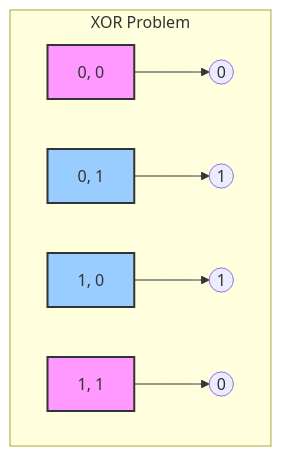
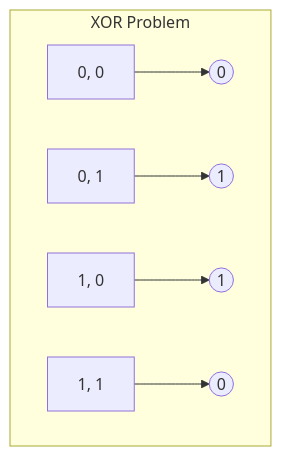
The first of 2 diagrams in docs/2-기초-딥러닝/2-1-신경망-기초/perceptron-and-mlp.md (harimkang/ai-engineer-guide), drawn with Mermaid before and after one commit. The commit also changed 45 other files, not shown here.

````diff
--- a/docs/2-기초-딥러닝/2-1-신경망-기초/perceptron-and-mlp.md
+++ b/docs/2-기초-딥러닝/2-1-신경망-기초/perceptron-and-mlp.md
@@ -46,13 +46,9 @@
 ```mermaid
 graph TD
     subgraph "XOR Problem"
         A[0, 0] --> O1((0))
         B[0, 1] --> O2((1))
         C[1, 0] --> O3((1))
         D[1, 1] --> O4((0))
     end
-    style A fill:#f9f,stroke:#333,stroke-width:2px
-    style B fill:#9cf,stroke:#333,stroke-width:2px
-    style C fill:#9cf,stroke:#333,stroke-width:2px
-    style D fill:#f9f,stroke:#333,stroke-width:2px
 ```
````
